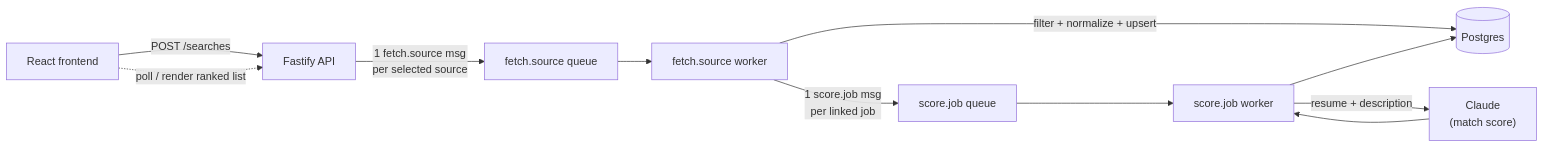
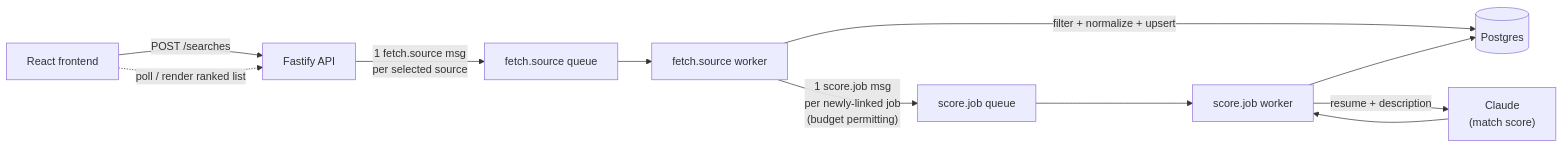
Before and after one commit to griesmnr/ai-assisted-job-search: the diagram in README.md, drawn with Mermaid. The commit also changed other lines of this file and 1 other file, not shown here.

````diff
--- a/README.md
+++ b/README.md
@@ -77,13 +77,13 @@
 ```mermaid
 flowchart LR
     UI["React frontend"] -->|"POST /searches"| API["Fastify API"]
     API -->|"1 fetch.source msg\nper selected source"| FQ["fetch.source queue"]
     FQ --> FW["fetch.source worker"]
     FW -->|filter + normalize + upsert| DB[(Postgres)]
-    FW -->|"1 score.job msg\nper linked job"| SQ["score.job queue"]
+    FW -->|"1 score.job msg\nper newly-linked job\n(budget permitting)"| SQ["score.job queue"]
     SQ --> SW["score.job worker"]
     SW -->|resume + description| Claude["Claude\n(match score)"]
     Claude --> SW
     SW --> DB
     UI -.->|poll / render ranked list| API
 ```
````
